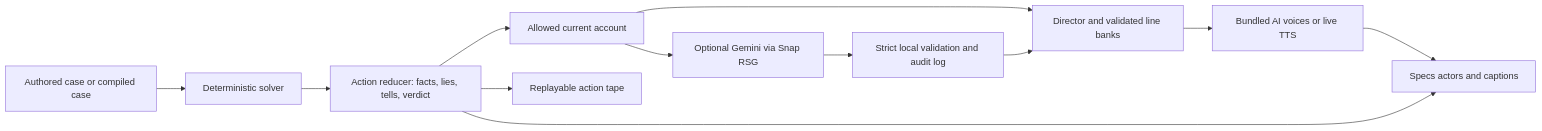
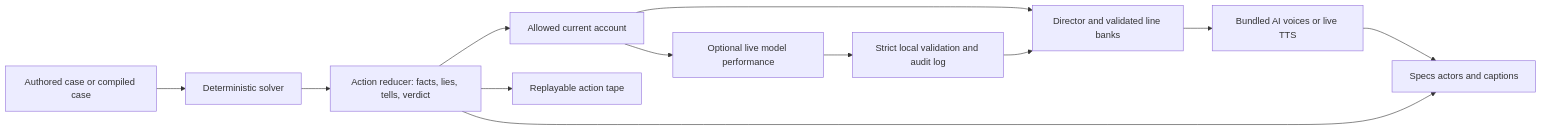
One commit to theBlackfish01/roomscript changed the diagram in README.md. Above: the diagram before and after it, drawn with Mermaid. The commit also changed other lines of this file and 4 other files, not shown here.

````diff
--- a/README.md
+++ b/README.md
@@ -21,14 +28,14 @@
 ```mermaid
 flowchart LR
   Case[Authored case or compiled case] --> Solver[Deterministic solver]
   Solver --> Engine[Action reducer: facts, lies, tells, verdict]
   Engine --> Sheet[Allowed current account]
   Sheet --> Director[Director and validated line banks]
-  Sheet --> Live[Optional Gemini via Snap RSG]
+  Sheet --> Live[Optional live model performance]
   Live --> Guard[Strict local validation and audit log]
   Guard --> Director
   Director --> Voice[Bundled AI voices or live TTS]
   Voice --> Lens[Specs actors and captions]
   Engine --> Lens
   Engine --> Tape[Replayable action tape]
 ```
````
